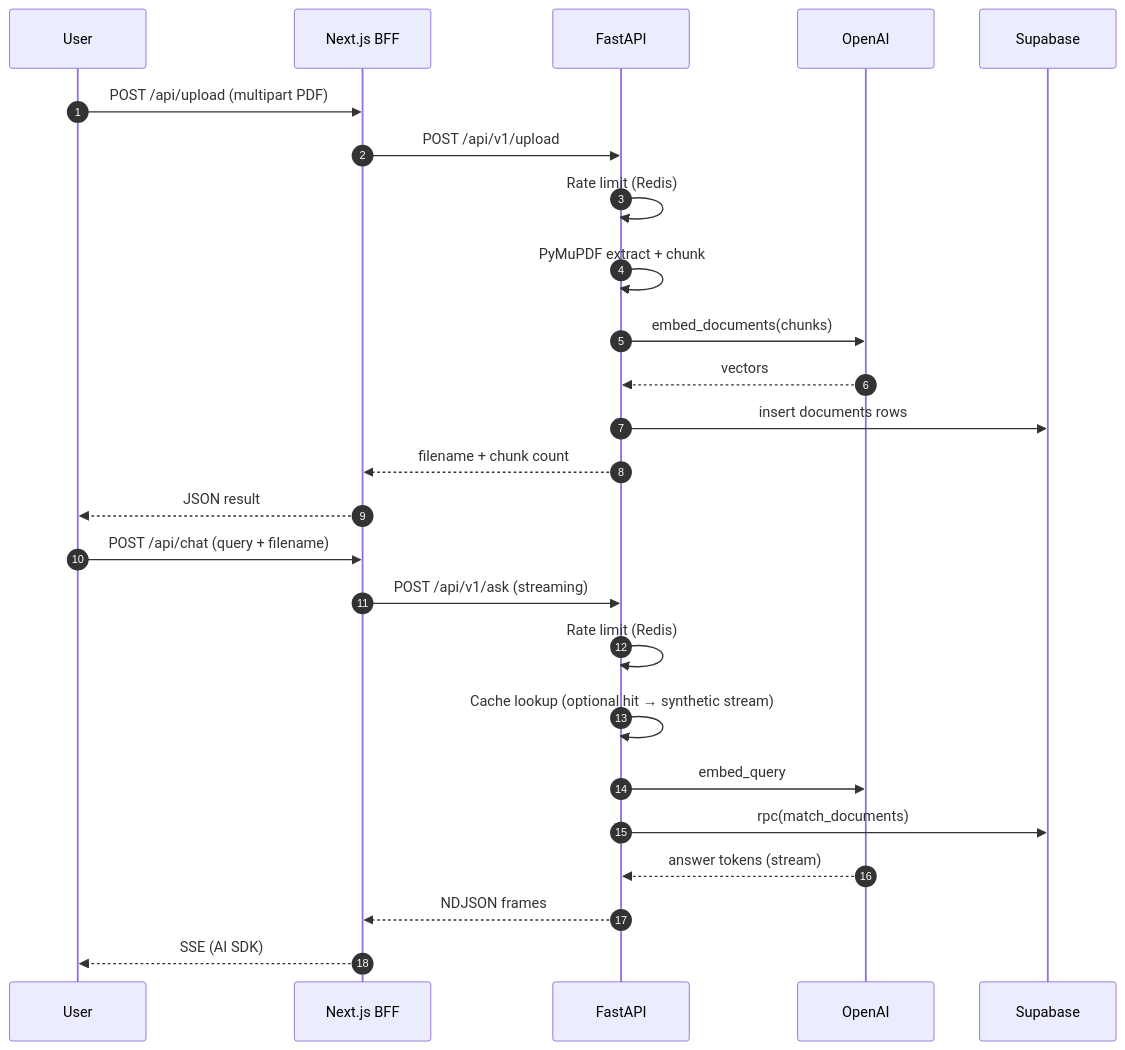
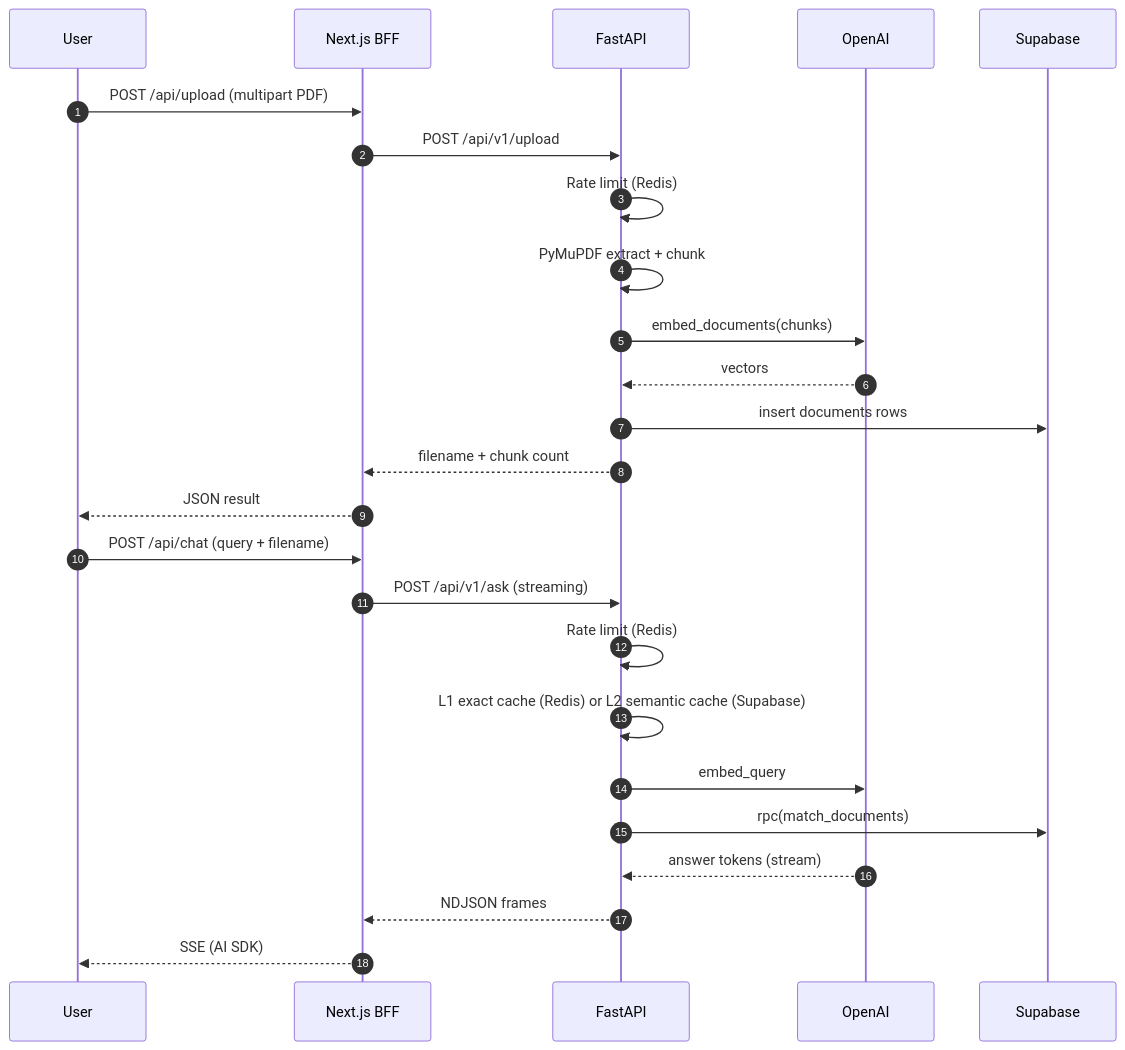
Before and after one commit to KVM1L03/vector-vault-ai: the second of 2 diagrams in README.md, drawn with Mermaid. The commit also changed other lines of this file and 11 other files, not shown here.

First line of the commit message:
Add two-tier semantic chat cache (Redis L1 + Supabase L2).

````diff
--- a/README.md
+++ b/README.md
@@ -136,29 +137,29 @@
 ```mermaid
 sequenceDiagram
     autonumber
     participant User
     participant Next as Next.js BFF
     participant API as FastAPI
     participant OAI as OpenAI
     participant SB as Supabase
 
     User->>Next: POST /api/upload (multipart PDF)
     Next->>API: POST /api/v1/upload
     API->>API: Rate limit (Redis)
     API->>API: PyMuPDF extract + chunk
     API->>OAI: embed_documents(chunks)
     OAI-->>API: vectors
     API->>SB: insert documents rows
     API-->>Next: filename + chunk count
     Next-->>User: JSON result
 
     User->>Next: POST /api/chat (query + filename)
     Next->>API: POST /api/v1/ask (streaming)
     API->>API: Rate limit (Redis)
-    API->>API: Cache lookup (optional hit → synthetic stream)
+    API->>API: L1 exact cache (Redis) or L2 semantic cache (Supabase)
     API->>OAI: embed_query
     API->>SB: rpc(match_documents)
     OAI-->>API: answer tokens (stream)
     API-->>Next: NDJSON frames
     Next-->>User: SSE (AI SDK)
 ```
````
